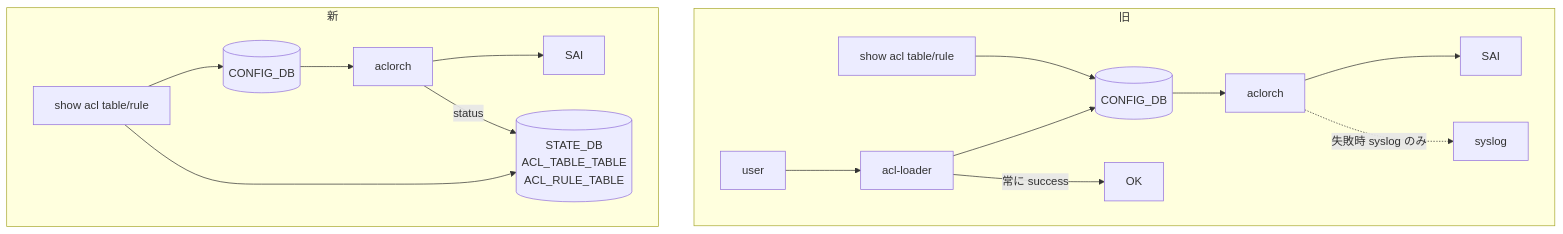
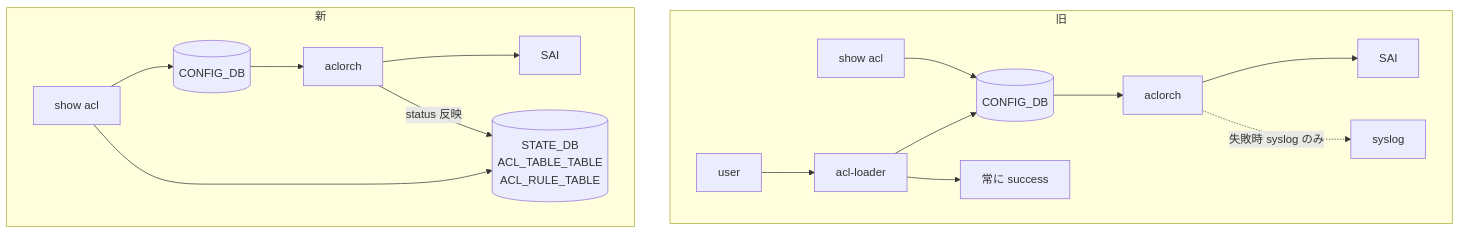
The diagram in docs/acl-qos/enhancements-on-show-acl-commands.md (aoki-taquan/sonic-unofficial-docs), drawn with Mermaid before and after one commit. The commit also changed other lines of this file and 4 other files, not shown here.

````diff
--- a/docs/acl-qos/enhancements-on-show-acl-commands.md
+++ b/docs/acl-qos/enhancements-on-show-acl-commands.md
@@ -35,19 +38,16 @@
 ```mermaid
 flowchart TB
     subgraph 旧
-      U[user] --> AL[acl-loader]
-      AL --> CFG[(CONFIG_DB)]
-      AL -->|常に success| OK
-      CFG --> AO[aclorch]
-      AO --> SAI
+      U[user] --> AL[acl-loader] --> CFG[(CONFIG_DB)]
+      AL --> OK[常に success]
+      CFG --> AO[aclorch] --> SAI
       AO -.->|失敗時 syslog のみ| LOG[syslog]
-      SHOW[show acl table/rule] --> CFG
+      SHOW[show acl] --> CFG
     end
     subgraph 新
-      CFG2[(CONFIG_DB)] --> AO2[aclorch]
-      AO2 --> SAI2[SAI]
-      AO2 -->|status| ST[(STATE_DB\nACL_TABLE_TABLE\nACL_RULE_TABLE)]
-      SHOW2[show acl table/rule] --> CFG2
+      CFG2[(CONFIG_DB)] --> AO2[aclorch] --> SAI2[SAI]
+      AO2 -->|status 反映| ST[(STATE_DB\nACL_TABLE_TABLE\nACL_RULE_TABLE)]
+      SHOW2[show acl] --> CFG2
       SHOW2 --> ST
     end
 ```
````
